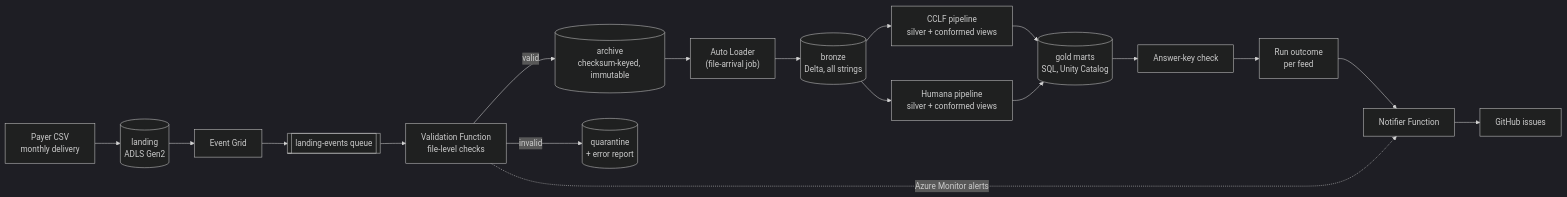
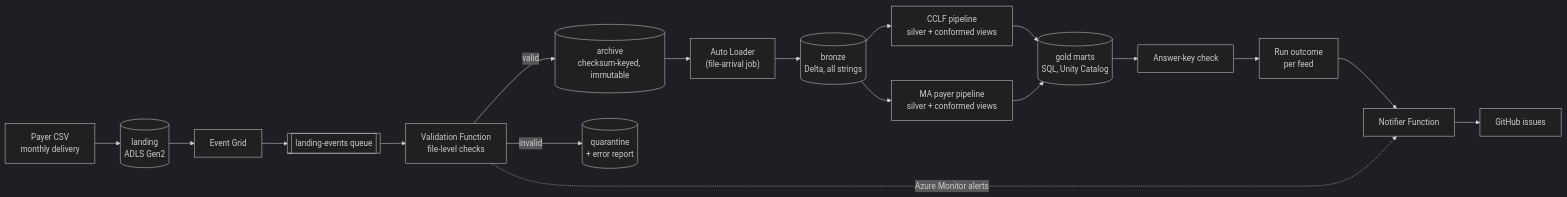
One commit to fredr171/claims-lakehouse-databricks-azure changed the diagram in README.md. Above: the diagram before and after it, drawn with Mermaid (dark theme). The commit also changed other lines of this file and 52 other files, not shown here.

````diff
--- a/README.md
+++ b/README.md
@@ -37,15 +36,15 @@
 ```mermaid
 flowchart LR
     payer["Payer CSV<br/>monthly delivery"] --> landing[("landing<br/>ADLS Gen2")]
     landing --> eg["Event Grid"] --> q[["landing-events queue"]] --> fn["Validation Function<br/>file-level checks"]
     fn -->|valid| archive[("archive<br/>checksum-keyed, immutable")]
     fn -->|invalid| quarantine[("quarantine<br/>+ error report")]
     archive --> al["Auto Loader<br/>(file-arrival job)"] --> bronze[("bronze<br/>Delta, all strings")]
     bronze --> cms["CCLF pipeline<br/>silver + conformed views"]
-    bronze --> hum["Humana pipeline<br/>silver + conformed views"]
+    bronze --> ma["MA payer pipeline<br/>silver + conformed views"]
     cms --> gold[("gold marts<br/>SQL, Unity Catalog")]
-    hum --> gold
+    ma --> gold
     gold --> check["Answer-key check"] --> outcome["Run outcome<br/>per feed"]
     outcome --> notifier["Notifier Function"] --> issues["GitHub issues"]
     fn -.->|"Azure Monitor alerts"| notifier
 ```
````
